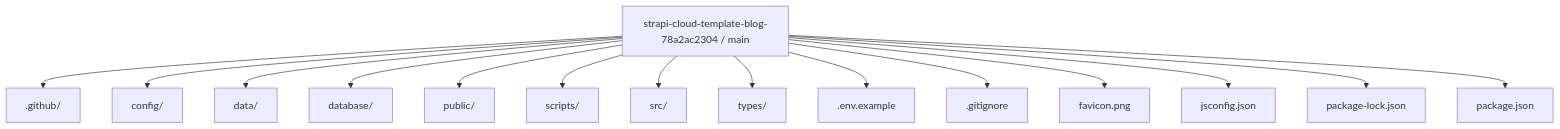
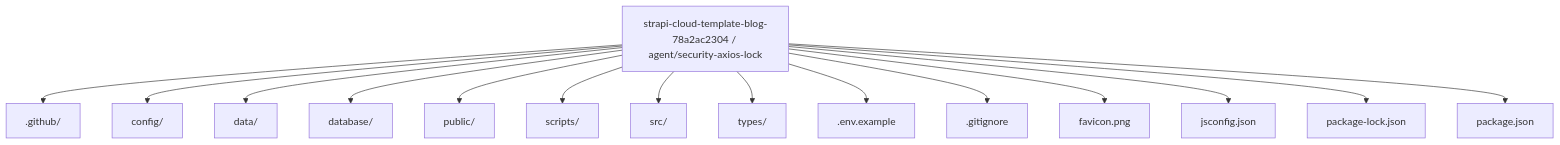
Before and after one commit to Nischhalsubba/strapi-cloud-template-blog-78a2ac2304: the first of 8 diagrams in README.md, drawn with Mermaid. The commit also changed other lines of this file, not shown here.

````diff
--- a/README.md
+++ b/README.md
@@ -56,18 +56,18 @@
 ```mermaid
 flowchart TD
-    ROOT["strapi-cloud-template-blog-78a2ac2304 / main"]
+    ROOT["strapi-cloud-template-blog-78a2ac2304 / agent/security-axios-lock"]
     ROOT --> P0[".github/"]
     ROOT --> P1["config/"]
     ROOT --> P2["data/"]
     ROOT --> P3["database/"]
     ROOT --> P4["public/"]
     ROOT --> P5["scripts/"]
     ROOT --> P6["src/"]
     ROOT --> P7["types/"]
     ROOT --> P8[".env.example"]
     ROOT --> P9[".gitignore"]
     ROOT --> P10["favicon.png"]
     ROOT --> P11["jsconfig.json"]
     ROOT --> P12["package-lock.json"]
     ROOT --> P13["package.json"]
 ```
````
